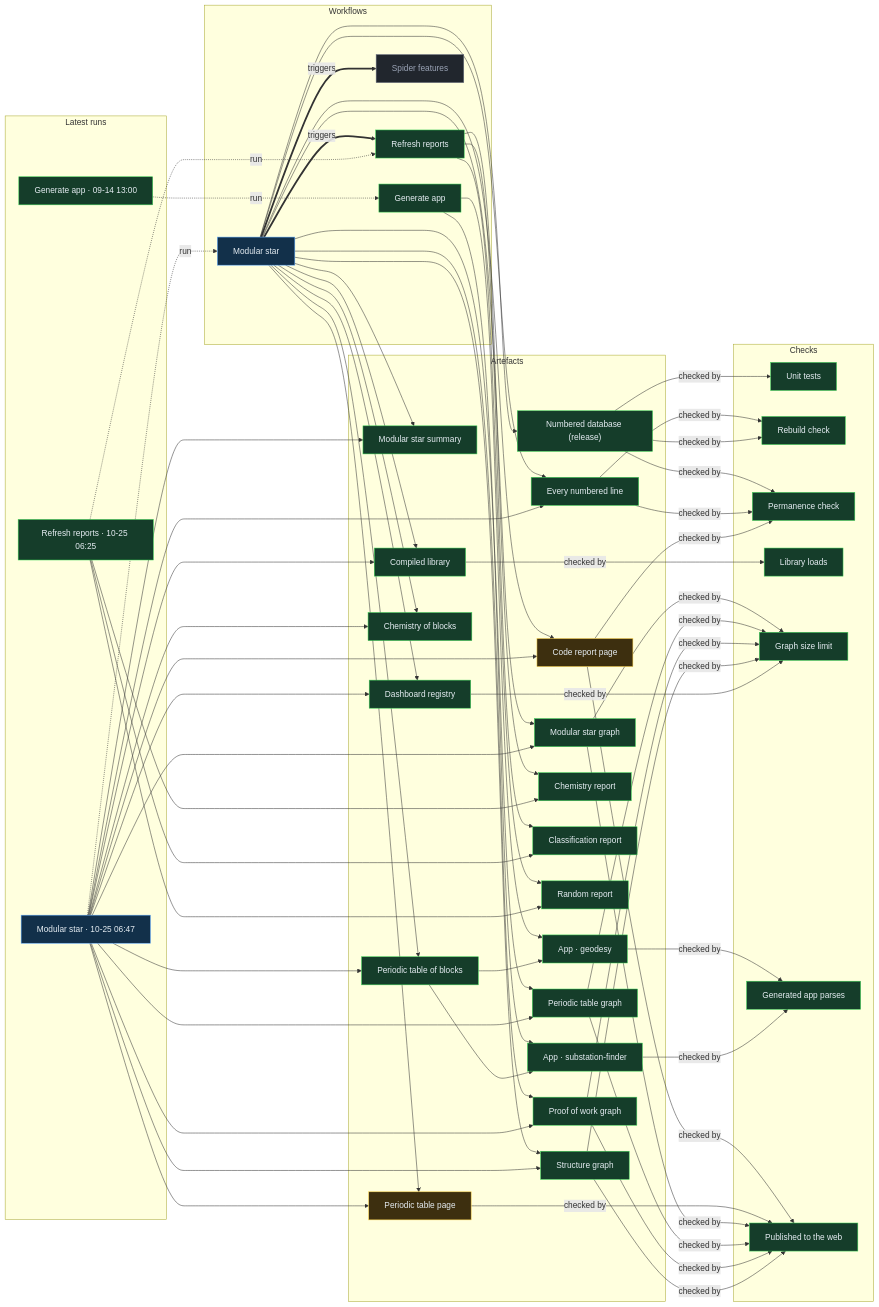
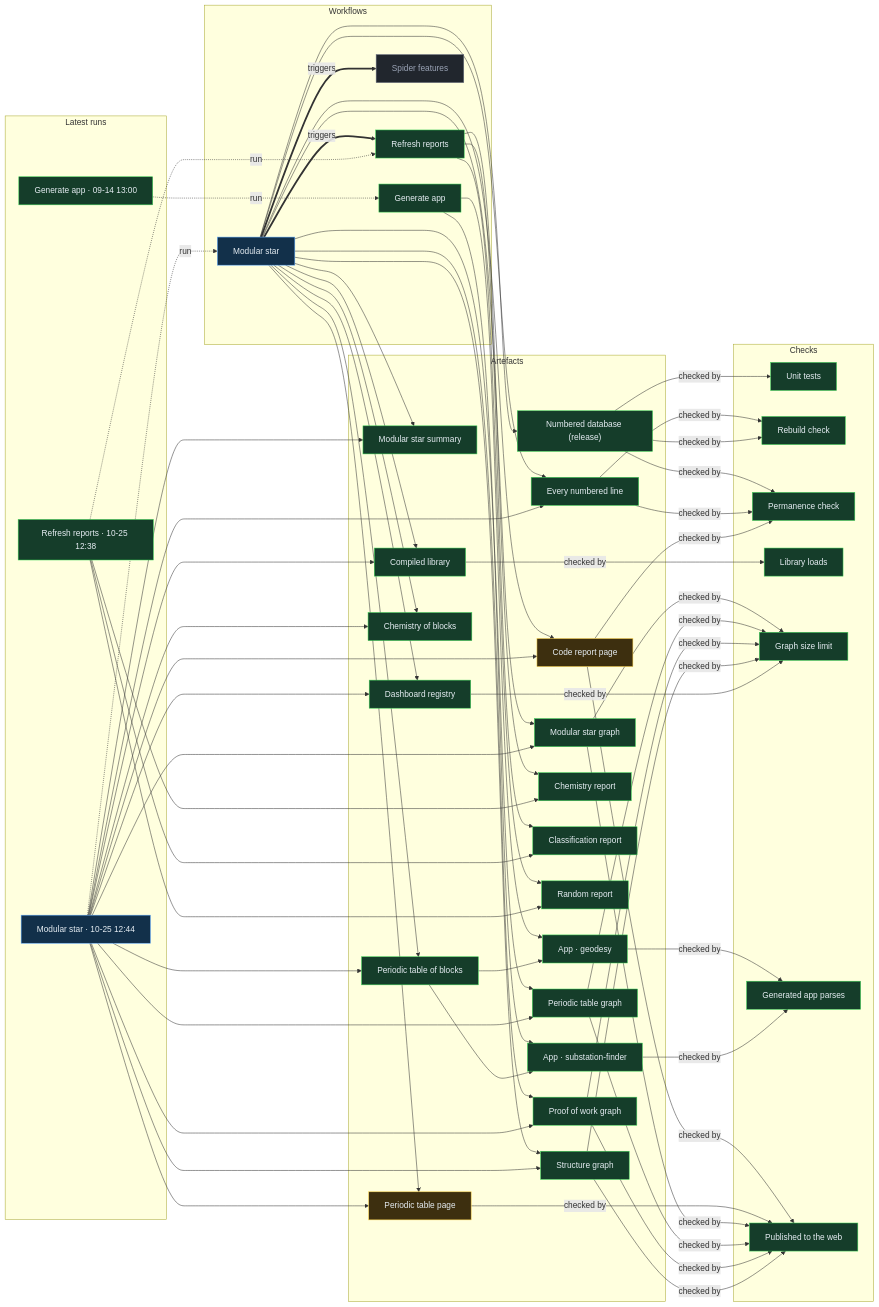
Before and after one commit to Ventusltd/stars: the diagram in proof/PROOF.md, drawn with Mermaid. The commit also changed other lines of this file and 46 other files, not shown here.

Commit message:
Modular star 2026-10-25T12:47Z

```diff
--- a/proof/PROOF.md
+++ b/proof/PROOF.md
@@ -24,8 +24,8 @@
   n_wf_spider_features["Spider features"]:::off
   end
   subgraph g_runs["Latest runs"]
-  n_run_40170336105["Modular star · 10-25 06:47"]:::live
-  n_run_40169061342["Refresh reports · 10-25 06:25"]:::ok
+  n_run_40194443832["Modular star · 10-25 12:44"]:::live
+  n_run_40194029682["Refresh reports · 10-25 12:38"]:::ok
   n_run_34846587798["Generate app · 09-14 13:00"]:::ok
   end
   subgraph g_artefacts["Artefacts"]
@@ -59,39 +59,39 @@
   end
   n_wf_modular_star == triggers ==> n_wf_refresh
   n_wf_modular_star == triggers ==> n_wf_spider_features
-  n_run_40170336105 -. run .-> n_wf_modular_star
-  n_run_40169061342 -. run .-> n_wf_refresh
+  n_run_40194443832 -. run .-> n_wf_modular_star
+  n_run_40194029682 -. run .-> n_wf_refresh
   n_run_34846587798 -. run .-> n_wf_generate
   n_wf_modular_star --> n_art_summary
-  n_run_40170336105 --> n_art_summary
+  n_run_40194443832 --> n_art_summary
   n_wf_modular_star --> n_art_lines
-  n_run_40170336105 --> n_art_lines
+  n_run_40194443832 --> n_art_lines
   n_wf_modular_star --> n_art_code
-  n_run_40170336105 --> n_art_code
+  n_run_40194443832 --> n_art_code
   n_wf_modular_star --> n_art_modular_graph
-  n_run_40170336105 --> n_art_modular_graph
+  n_run_40194443832 --> n_art_modular_graph
   n_wf_modular_star --> n_art_blocks
-  n_run_40170336105 --> n_art_blocks
+  n_run_40194443832 --> n_art_blocks
   n_wf_modular_star --> n_art_table
-  n_run_40170336105 --> n_art_table
+  n_run_40194443832 --> n_art_table
   n_wf_modular_star --> n_art_blocks_graph
-  n_run_40170336105 --> n_art_blocks_graph
+  n_run_40194443832 --> n_art_blocks_graph
   n_wf_modular_star --> n_art_reactions
-  n_run_40170336105 --> n_art_reactions
+  n_run_40194443832 --> n_art_reactions
   n_wf_modular_star --> n_art_library
-  n_run_40170336105 --> n_art_library
+  n_run_40194443832 --> n_art_library
   n_wf_modular_star --> n_art_features
-  n_run_40170336105 --> n_art_features
+  n_run_40194443832 --> n_art_features
   n_wf_modular_star --> n_art_proof
-  n_run_40170336105 --> n_art_proof
+  n_run_40194443832 --> n_art_proof
   n_wf_modular_star --> n_art_structure
-  n_run_40170336105 --> n_art_structure
+  n_run_40194443832 --> n_art_structure
   n_wf_refresh --> n_art_chemistry
-  n_run_40169061342 --> n_art_chemistry
+  n_run_40194029682 --> n_art_chemistry
   n_wf_refresh --> n_art_vedic
-  n_run_40169061342 --> n_art_vedic
+  n_run_40194029682 --> n_art_vedic
   n_wf_refresh --> n_art_random
-  n_run_40169061342 --> n_art_random
+  n_run_40194029682 --> n_art_random
   n_wf_modular_star --> n_art_release
   n_wf_generate --> n_app_geodesy
   n_art_blocks --> n_app_geodesy
```
